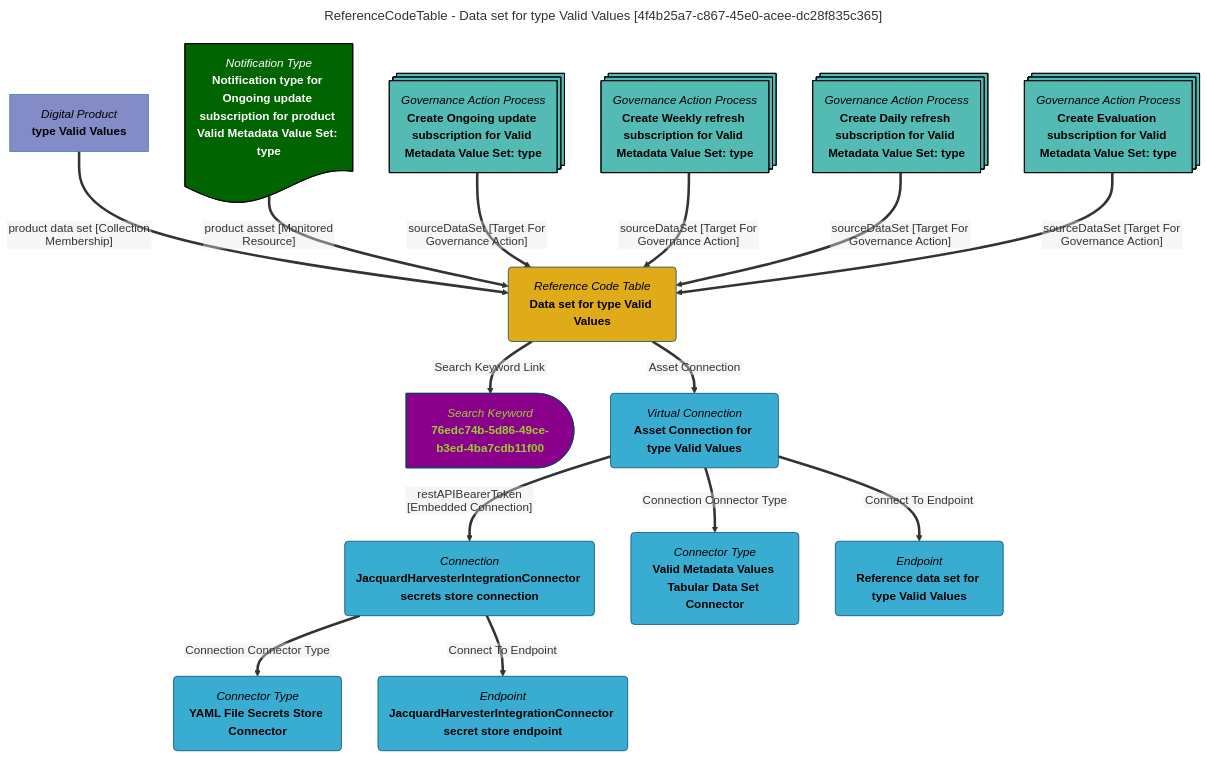
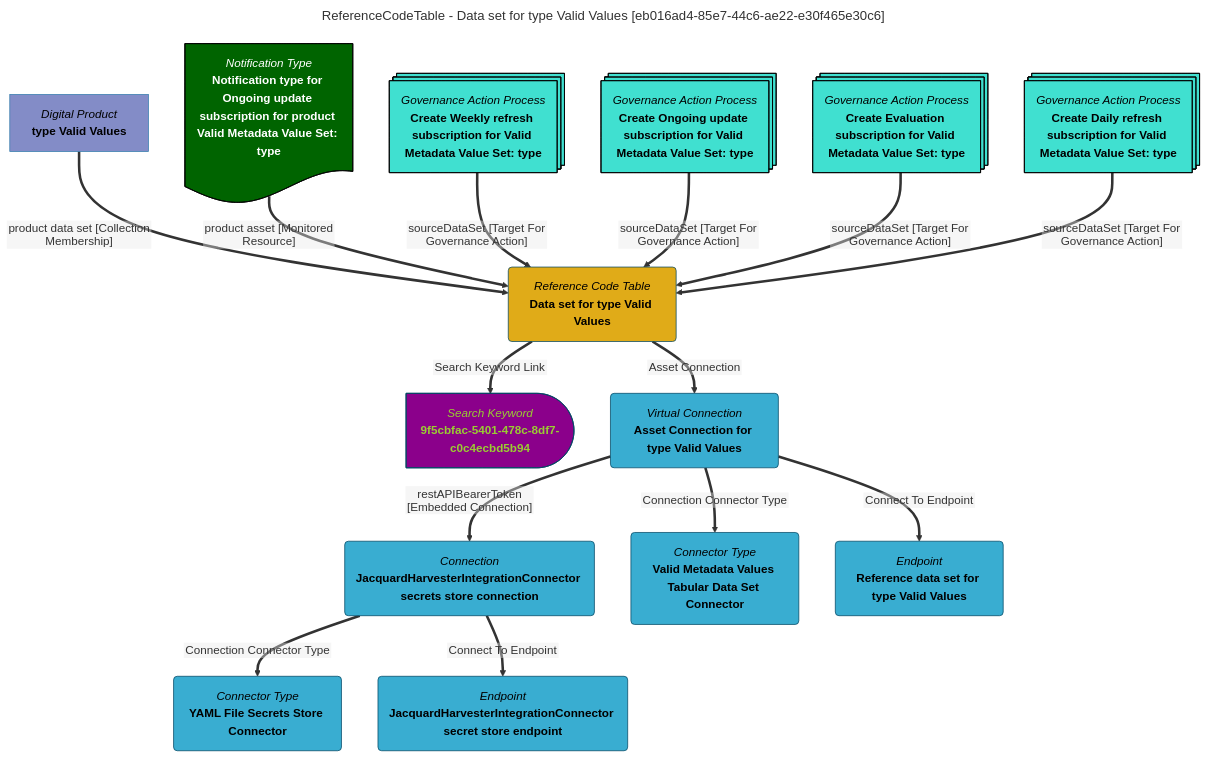
Before and after one commit to odpi/egeria-docs: the diagram in site/snippets/data-assets/data-set-for-type-valid-values-mermaid-graph.md, drawn with Mermaid. The commit also changed 2201 other files, not shown here.

````diff
--- a/site/snippets/data-assets/data-set-for-type-valid-values-mermaid-graph.md
+++ b/site/snippets/data-assets/data-set-for-type-valid-values-mermaid-graph.md
@@ -1,63 +1,63 @@
 ```mermaid
 ---
-title: ReferenceCodeTable - Data set for type Valid Values [4f4b25a7-c867-45e0-acee-dc28f835c365]
+title: ReferenceCodeTable - Data set for type Valid Values [eb016ad4-85e7-44c6-ae22-e30f465e30c6]
 ---
 flowchart TD
 %%{init: {"flowchart": {"htmlLabels": false}} }%%
 
 1@{ shape: rounded, label: "*Reference Code Table*
 **Data set for type Valid Values**"}
 2@{ shape: delay, label: "*Search Keyword*
-**76edc74b-5d86-49ce-b3ed-4ba7cdb11f00**"}
+**9f5cbfac-5401-478c-8df7-c0c4ecbd5b94**"}
 1==>|"Search Keyword Link"|2
 3@{ shape: rect, label: "*Digital Product*
 **type Valid Values**"}
 3==>|"product data set [Collection Membership]"|1
 4@{ shape: rounded, label: "*Virtual Connection*
 **Asset Connection for type Valid Values**"}
 1==>|"Asset Connection"|4
 5@{ shape: rounded, label: "*Connection*
 **JacquardHarvesterIntegrationConnector secrets store connection**"}
 4==>|"restAPIBearerToken [Embedded Connection]"|5
 6@{ shape: rounded, label: "*Connector Type*
 **YAML File Secrets Store Connector**"}
 5==>|"Connection Connector Type"|6
 7@{ shape: rounded, label: "*Endpoint*
 **JacquardHarvesterIntegrationConnector secret store endpoint**"}
 5==>|"Connect To Endpoint"|7
 8@{ shape: rounded, label: "*Connector Type*
 **Valid Metadata Values Tabular Data Set Connector**"}
 4==>|"Connection Connector Type"|8
 9@{ shape: rounded, label: "*Endpoint*
 **Reference data set for type Valid Values**"}
 4==>|"Connect To Endpoint"|9
 10@{ shape: doc, label: "*Notification Type*
 **Notification type for Ongoing update subscription for product Valid Metadata Value Set: type**"}
 10==>|"product asset [Monitored Resource]"|1
 11@{ shape: processes, label: "*Governance Action Process*
-**Create Ongoing update subscription for Valid Metadata Value Set: type**"}
+**Create Weekly refresh subscription for Valid Metadata Value Set: type**"}
 11==>|"sourceDataSet [Target For Governance Action]"|1
 12@{ shape: processes, label: "*Governance Action Process*
-**Create Weekly refresh subscription for Valid Metadata Value Set: type**"}
+**Create Ongoing update subscription for Valid Metadata Value Set: type**"}
 12==>|"sourceDataSet [Target For Governance Action]"|1
 13@{ shape: processes, label: "*Governance Action Process*
-**Create Daily refresh subscription for Valid Metadata Value Set: type**"}
+**Create Evaluation subscription for Valid Metadata Value Set: type**"}
 13==>|"sourceDataSet [Target For Governance Action]"|1
 14@{ shape: processes, label: "*Governance Action Process*
-**Create Evaluation subscription for Valid Metadata Value Set: type**"}
+**Create Daily refresh subscription for Valid Metadata Value Set: type**"}
 14==>|"sourceDataSet [Target For Governance Action]"|1
-style 11 color:#000000, fill:#53bbb4, stroke:#000000
-style 12 color:#000000, fill:#53bbb4, stroke:#000000
-style 13 color:#000000, fill:#53bbb4, stroke:#000000
-style 14 color:#000000, fill:#53bbb4, stroke:#000000
+style 11 color:#000000, fill:#40E0D0, stroke:#000000
+style 12 color:#000000, fill:#40E0D0, stroke:#000000
+style 13 color:#000000, fill:#40E0D0, stroke:#000000
+style 14 color:#000000, fill:#40E0D0, stroke:#000000
 style 1 color:#000000, fill:#e0ab18, stroke:#004563
-style 2 color:#9acd32, fill:#8b008b, stroke:#004563
+style 2 color:#9ACD32, fill:#8B008B, stroke:#004563
 style 3 color:#000000, fill:#838cc7, stroke:#3079ab
 style 4 color:#000000, fill:#39add1, stroke:#004563
 style 5 color:#000000, fill:#39add1, stroke:#004563
 style 6 color:#000000, fill:#39add1, stroke:#004563
 style 7 color:#000000, fill:#39add1, stroke:#004563
 style 8 color:#000000, fill:#39add1, stroke:#004563
 style 9 color:#000000, fill:#39add1, stroke:#004563
 style 10 color:#FFFFFF, fill:#006400, stroke:#000000
 ```
````
